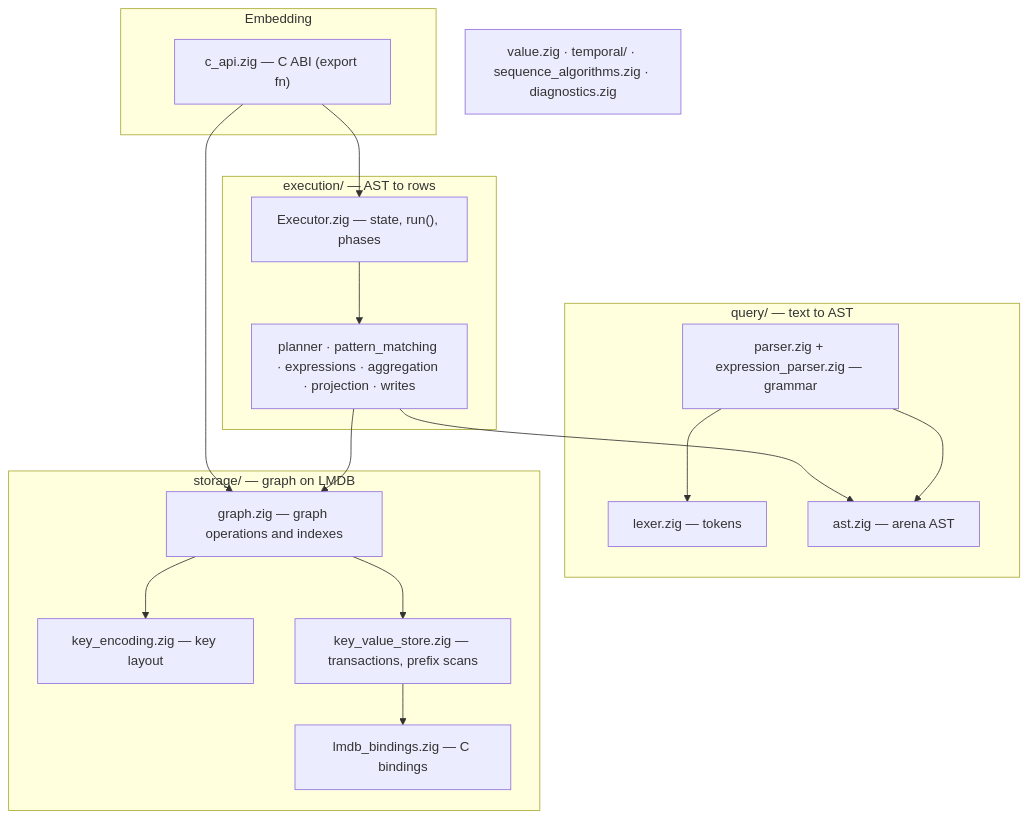
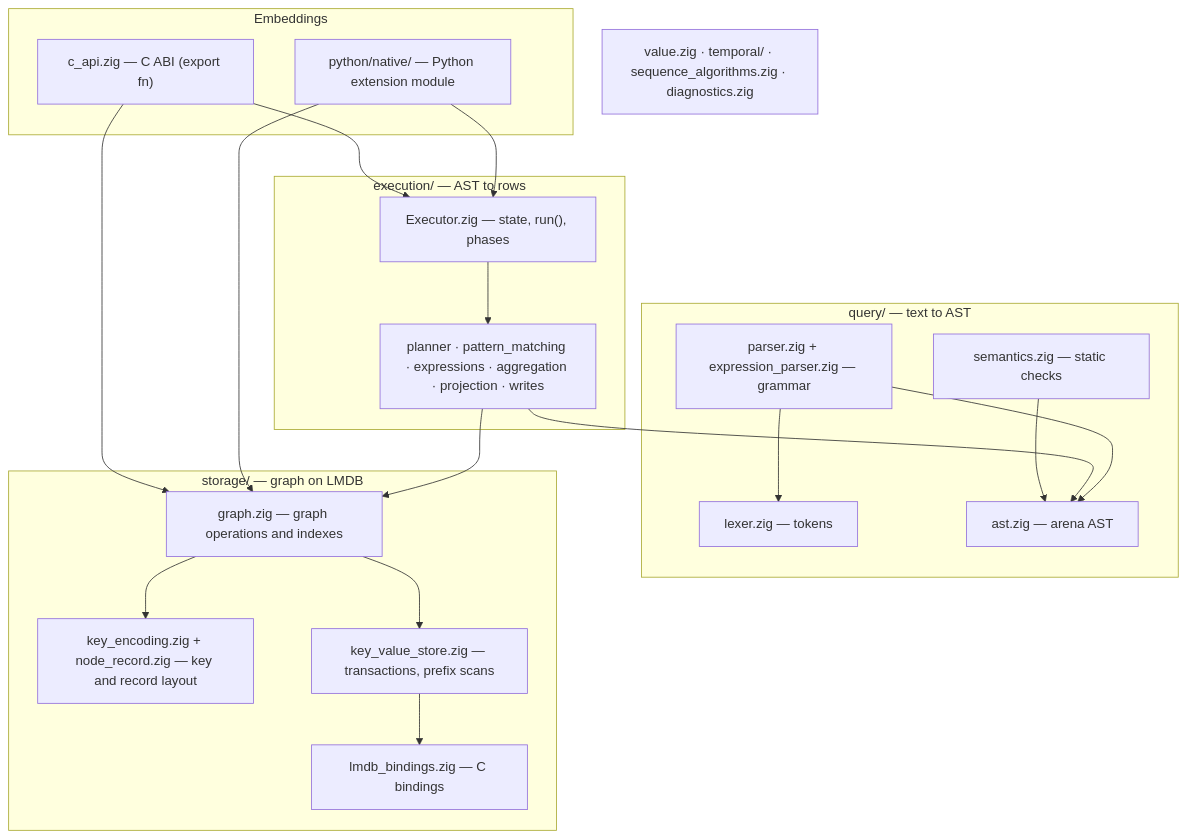
One commit to acasadom/zypherdb changed the first of 2 diagrams in docs/guide/architecture.md. Above: the diagram before and after it, drawn with Mermaid. The commit also changed other lines of this file and 9 other files, not shown here.

````diff
--- a/docs/guide/architecture.md
+++ b/docs/guide/architecture.md
@@ -41,33 +41,38 @@
 ```{mermaid}
 flowchart TB
-  subgraph embed["Embedding"]
+  subgraph embed["Embeddings"]
     CAPI["c_api.zig — C ABI (export fn)"]
+    PyNative["python/native/ — Python extension module"]
   end
   subgraph query["query/ — text to AST"]
     Lexer["lexer.zig — tokens"]
     Parser["parser.zig + expression_parser.zig — grammar"]
     AST["ast.zig — arena AST"]
+    Semantics["semantics.zig — static checks"]
   end
   subgraph execution["execution/ — AST to rows"]
     Executor["Executor.zig — state, run(), phases"]
     Steps["planner · pattern_matching · expressions · aggregation · projection · writes"]
   end
   subgraph storage["storage/ — graph on LMDB"]
     Graph["graph.zig — graph operations and indexes"]
-    Keys["key_encoding.zig — key layout"]
+    Keys["key_encoding.zig + node_record.zig — key and record layout"]
     KV["key_value_store.zig — transactions, prefix scans"]
     LMDB["lmdb_bindings.zig — C bindings"]
   end
   Shared["value.zig · temporal/ · sequence_algorithms.zig · diagnostics.zig"]
 
   CAPI --> Executor
   CAPI --> Graph
+  PyNative --> Executor
+  PyNative --> Graph
+  Semantics --> AST
   Executor --> Steps
   Steps --> AST
   Steps --> Graph
   Parser --> Lexer
   Parser --> AST
   Graph --> Keys
   Graph --> KV
   KV --> LMDB
 ```
````
